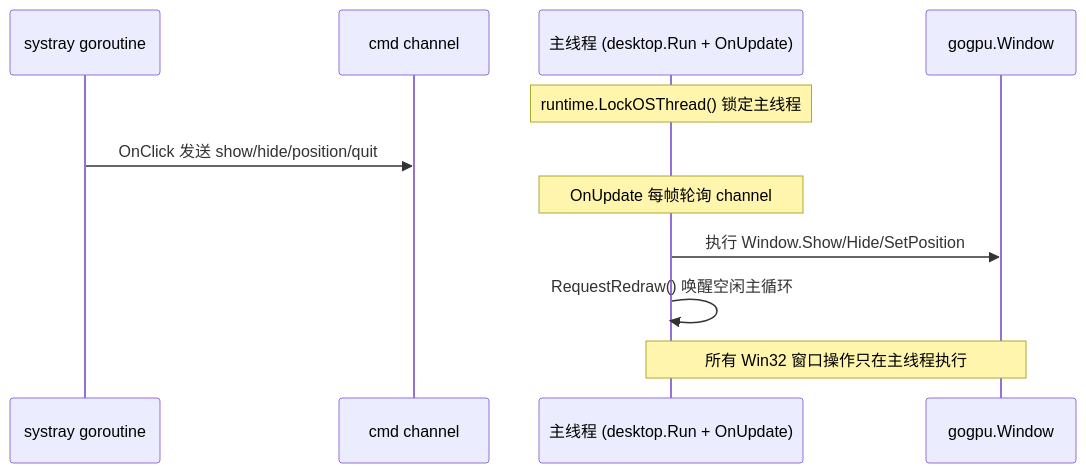
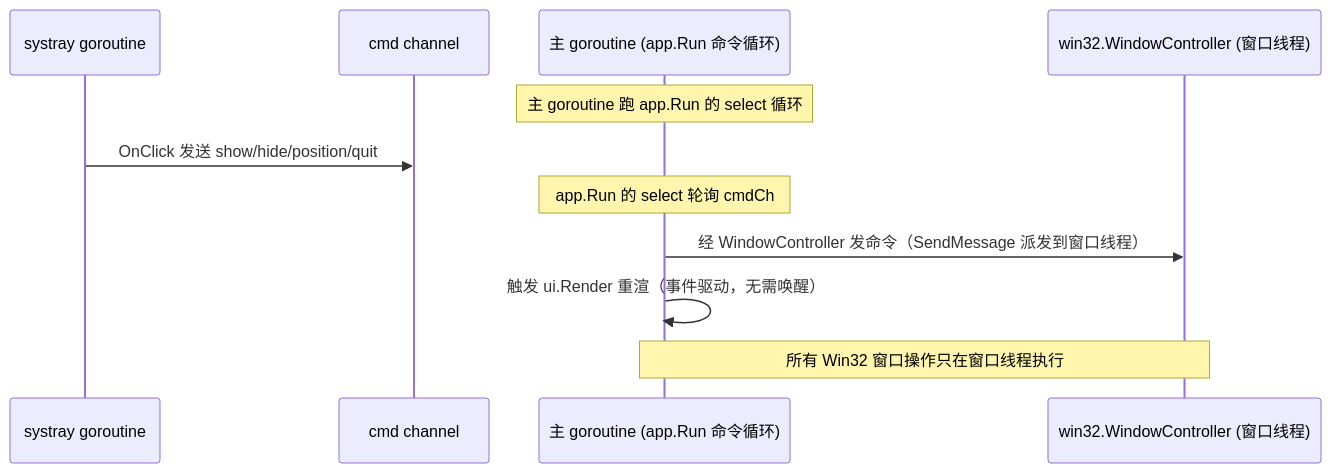
Before and after one commit to shaolei/DeskCalendar: the second of 2 diagrams in docs/01-总体架构.md, drawn with Mermaid. The commit also changed other lines of this file and 25 other files, not shown here.

````diff
--- a/docs/01-总体架构.md
+++ b/docs/01-总体架构.md
@@ -66,14 +66,14 @@
 ```mermaid
 sequenceDiagram
     participant Tray as systray goroutine
     participant Ch as cmd channel
-    participant Main as 主线程 (desktop.Run + OnUpdate)
-    participant Win as gogpu.Window
+    participant Main as 主 goroutine (app.Run 命令循环)
+    participant Win as win32.WindowController (窗口线程)
 
-    Note over Main: runtime.LockOSThread() 锁定主线程
+    Note over Main: 主 goroutine 跑 app.Run 的 select 循环
     Tray->>Ch: OnClick 发送 show/hide/position/quit
-    Note over Main: OnUpdate 每帧轮询 channel
-    Main->>Win: 执行 Window.Show/Hide/SetPosition
-    Main->>Main: RequestRedraw() 唤醒空闲主循环
-    Note over Main,Win: 所有 Win32 窗口操作只在主线程执行
+    Note over Main: app.Run 的 select 轮询 cmdCh
+    Main->>Win: 经 WindowController 发命令（SendMessage 派发到窗口线程）
+    Main->>Main: 触发 ui.Render 重渲（事件驱动，无需唤醒）
+    Note over Main,Win: 所有 Win32 窗口操作只在窗口线程执行
 ```
````
